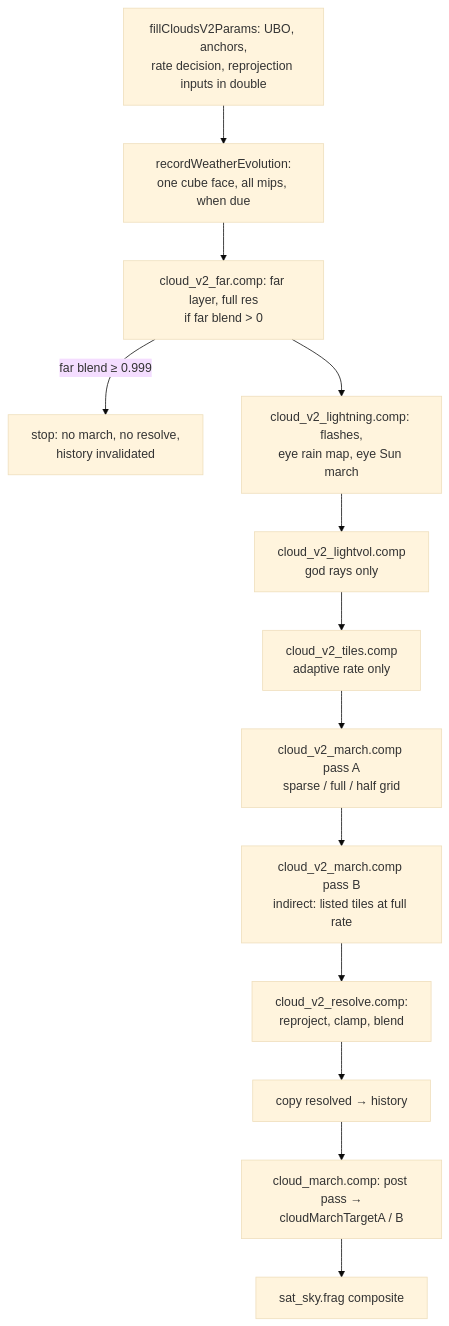
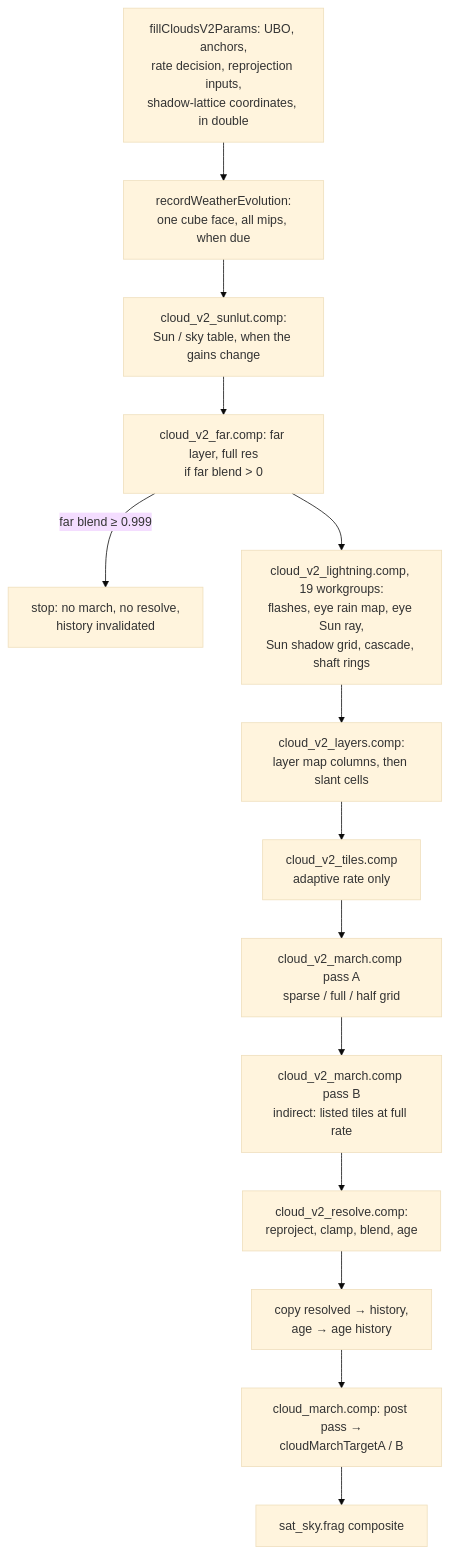
The first of 2 diagrams in wiki/rendering/clouds/temporal.md (largepizza/SAT_LIGHT_SIM), drawn with Mermaid (base theme) before and after one commit. The commit also changed other lines of this file and 104 other files, not shown here.

````diff
--- a/wiki/rendering/clouds/temporal.md
+++ b/wiki/rendering/clouds/temporal.md
@@ -15,15 +15,16 @@
 ```mermaid
 flowchart TD
-  P[fillCloudsV2Params: UBO, anchors,<br/>rate decision, reprojection inputs in double] --> E[recordWeatherEvolution:<br/>one cube face, all mips, when due]
-  E --> FAR[cloud_v2_far.comp: far layer, full res<br/>if far blend > 0]
+  P[fillCloudsV2Params: UBO, anchors,<br/>rate decision, reprojection inputs,<br/>shadow-lattice coordinates, in double] --> E[recordWeatherEvolution:<br/>one cube face, all mips, when due]
+  E --> LUT[cloud_v2_sunlut.comp:<br/>Sun / sky table, when the gains change]
+  LUT --> FAR[cloud_v2_far.comp: far layer, full res<br/>if far blend > 0]
   FAR -->|far blend ≥ 0.999| STOP[stop: no march, no resolve,<br/>history invalidated]
-  FAR --> LI[cloud_v2_lightning.comp: flashes,<br/>eye rain map, eye Sun march]
-  LI --> LV[cloud_v2_lightvol.comp<br/>god rays only]
-  LV --> TI[cloud_v2_tiles.comp<br/>adaptive rate only]
+  FAR --> LI[cloud_v2_lightning.comp, 19 workgroups:<br/>flashes, eye rain map, eye Sun ray,<br/>Sun shadow grid, cascade, shaft rings]
+  LI --> LM[cloud_v2_layers.comp:<br/>layer map columns, then slant cells]
+  LM --> TI[cloud_v2_tiles.comp<br/>adaptive rate only]
   TI --> A[cloud_v2_march.comp pass A<br/>sparse / full / half grid]
   A --> B[cloud_v2_march.comp pass B<br/>indirect: listed tiles at full rate]
-  B --> R[cloud_v2_resolve.comp:<br/>reproject, clamp, blend]
-  R --> H[copy resolved → history]
+  B --> R[cloud_v2_resolve.comp:<br/>reproject, clamp, blend, age]
+  R --> H[copy resolved → history,<br/>age → age history]
   H --> CM[cloud_march.comp: post pass →<br/>cloudMarchTargetA / B]
   CM --> SKY[sat_sky.frag composite]
 ```
````
